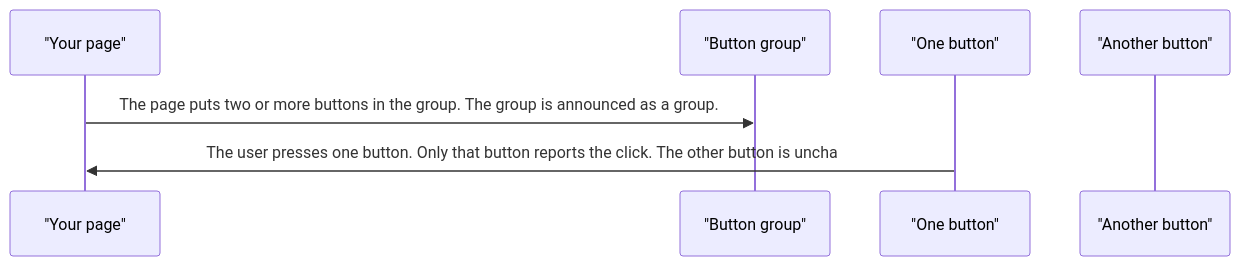
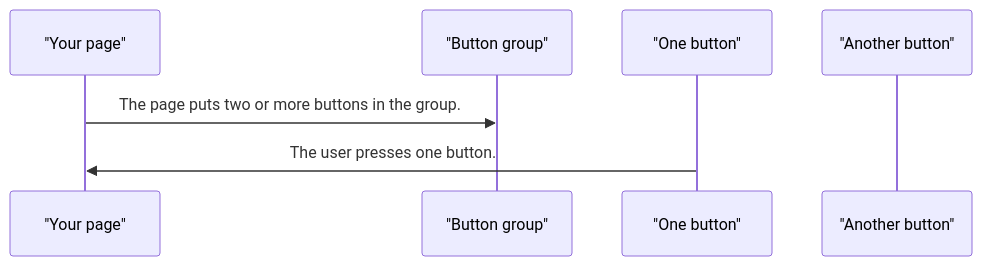
The second of 3 diagrams in projects/pixel-ui/src/lib/pixel-button-group/DESIGN.md (RajshekharBorate/pixel-ui), drawn with Mermaid before and after one commit. The commit also changed other lines of this file and 80 other files, not shown here.

Commit message:
Fill missing design flows and correct the stories that did not match component behavior.

````diff
--- a/projects/pixel-ui/src/lib/pixel-button-group/DESIGN.md
+++ b/projects/pixel-ui/src/lib/pixel-button-group/DESIGN.md
@@ -48,9 +48,9 @@
 ```mermaid
 sequenceDiagram
   participant page as "Your page"
   participant group as "Button group"
   participant one as "One button"
   participant two as "Another button"
-  page->>group: The page puts two or more buttons in the group. The group is announced as a group.
-  one->>page: The user presses one button. Only that button reports the click. The other button is uncha
+  page->>group: The page puts two or more buttons in the group.
+  one->>page: The user presses one button.
 ```
````
